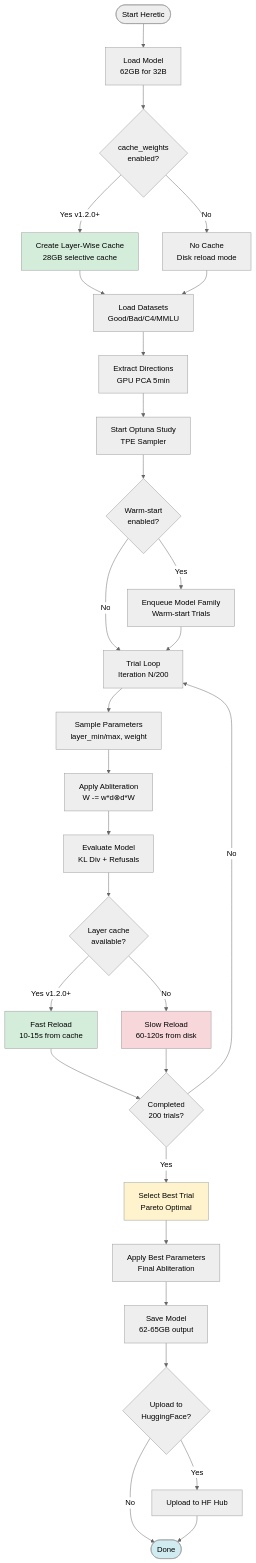
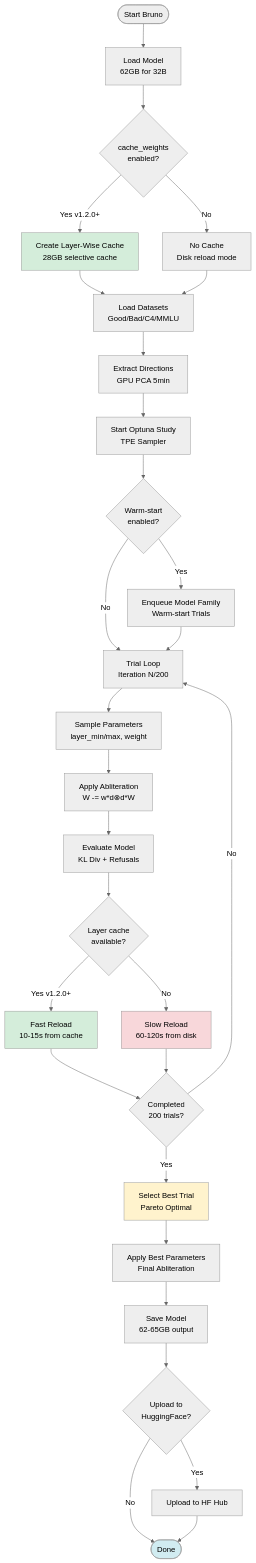
Before and after one commit to quanticsoul4772/abliteration-workflow: the second of 21 diagrams in claudedocs/HERETIC_WORKFLOW_MERMAID.md, drawn with Mermaid (neutral theme). The commit also changed other lines of this file and 27 other files, not shown here.

````diff
--- a/claudedocs/HERETIC_WORKFLOW_MERMAID.md
+++ b/claudedocs/HERETIC_WORKFLOW_MERMAID.md
@@ -75,51 +75,51 @@
 ```mermaid
 flowchart TD
-    Start([Start Heretic]) --> LoadModel[Load Model<br/>62GB for 32B]
+    Start([Start Bruno]) --> LoadModel[Load Model<br/>62GB for 32B]
     LoadModel --> CreateCache{cache_weights<br/>enabled?}
 
     CreateCache -->|Yes v1.2.0+| LayerCache[Create Layer-Wise Cache<br/>28GB selective cache]
     CreateCache -->|No| NoCache[No Cache<br/>Disk reload mode]
 
     LayerCache --> LoadDatasets
     NoCache --> LoadDatasets
 
     LoadDatasets[Load Datasets<br/>Good/Bad/C4/MMLU] --> ExtractDirs[Extract Directions<br/>GPU PCA 5min]
 
     ExtractDirs --> OptStart[Start Optuna Study<br/>TPE Sampler]
     OptStart --> WarmStart{Warm-start<br/>enabled?}
 
     WarmStart -->|Yes| EnqueueWarm[Enqueue Model Family<br/>Warm-start Trials]
     WarmStart -->|No| TrialLoop
     EnqueueWarm --> TrialLoop
 
     TrialLoop[Trial Loop<br/>Iteration N/200]
     TrialLoop --> SampleParams[Sample Parameters<br/>layer_min/max, weight]
 
     SampleParams --> ApplyAblate[Apply Abliteration<br/>W -= w*d⊗d*W]
     ApplyAblate --> EvalModel[Evaluate Model<br/>KL Div + Refusals]
 
     EvalModel --> ReloadCheck{Layer cache<br/>available?}
 
     ReloadCheck -->|Yes v1.2.0+| FastReload[Fast Reload<br/>10-15s from cache]
     ReloadCheck -->|No| SlowReload[Slow Reload<br/>60-120s from disk]
 
     FastReload --> CheckDone{Completed<br/>200 trials?}
     SlowReload --> CheckDone
 
     CheckDone -->|No| TrialLoop
     CheckDone -->|Yes| SelectBest[Select Best Trial<br/>Pareto Optimal]
 
     SelectBest --> FinalAblate[Apply Best Parameters<br/>Final Abliteration]
     FinalAblate --> SaveModel[Save Model<br/>62-65GB output]
 
     SaveModel --> HFCheck{Upload to<br/>HuggingFace?}
     HFCheck -->|Yes| Upload[Upload to HF Hub]
     HFCheck -->|No| Done([Done])
     Upload --> Done
 
     style LayerCache fill:#d4edda
     style FastReload fill:#d4edda
     style SlowReload fill:#f8d7da
     style SelectBest fill:#fff3cd
     style Done fill:#d1ecf1
 ```
````
